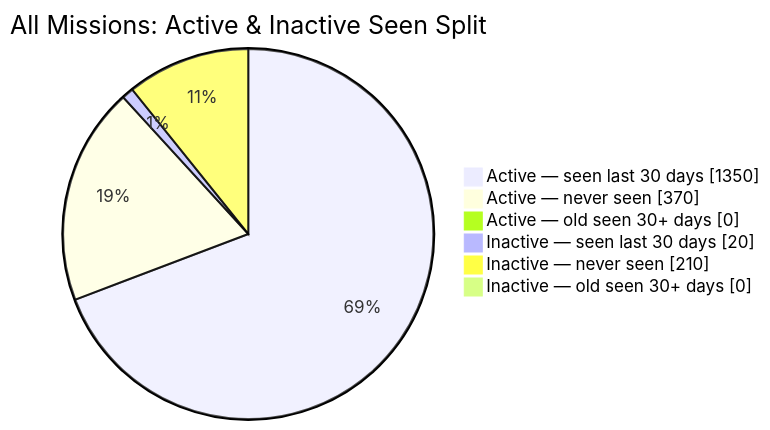
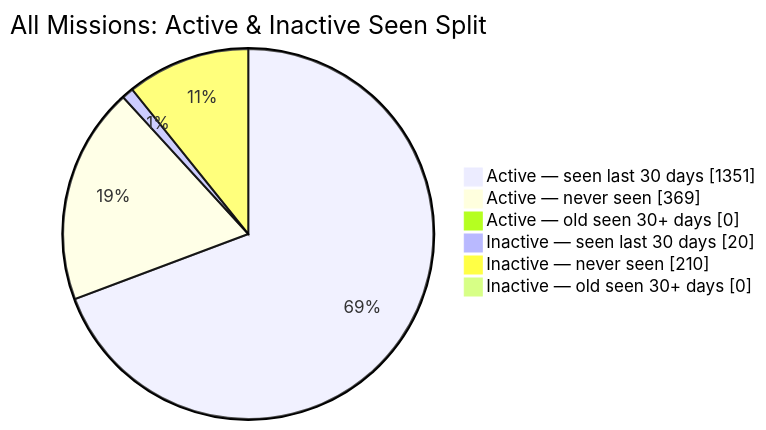
Before and after one commit to MeldkamerspelGameTeam/active-missions: the second of 2 diagrams in README.md, drawn with Mermaid. The commit also changed other lines of this file and 2 other files, not shown here.

````diff
--- a/README.md
+++ b/README.md
@@ -44,10 +44,10 @@
 ```mermaid
 pie showData
     title All Missions: Active & Inactive Seen Split
-    "Active — seen last 30 days" : 1350
-    "Active — never seen" : 370
+    "Active — seen last 30 days" : 1351
+    "Active — never seen" : 369
     "Active — old seen 30+ days" : 0
     "Inactive — seen last 30 days" : 20
     "Inactive — never seen" : 210
     "Inactive — old seen 30+ days" : 0
 ```
````
